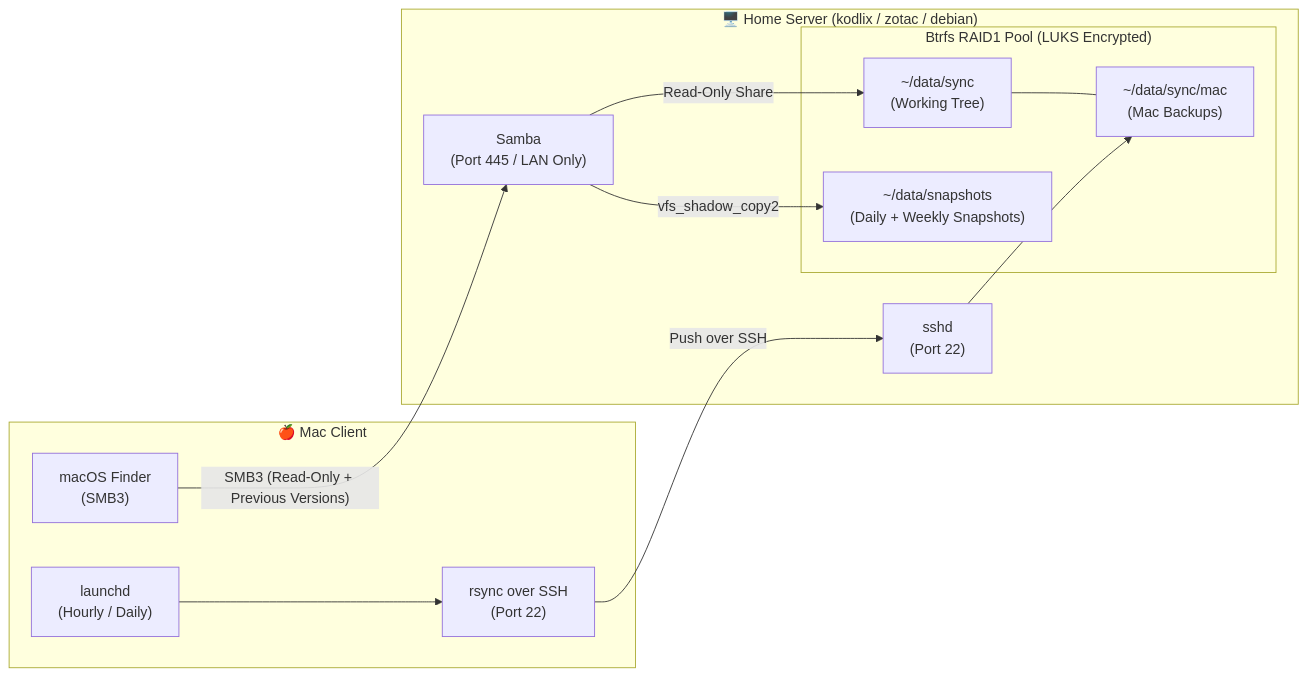
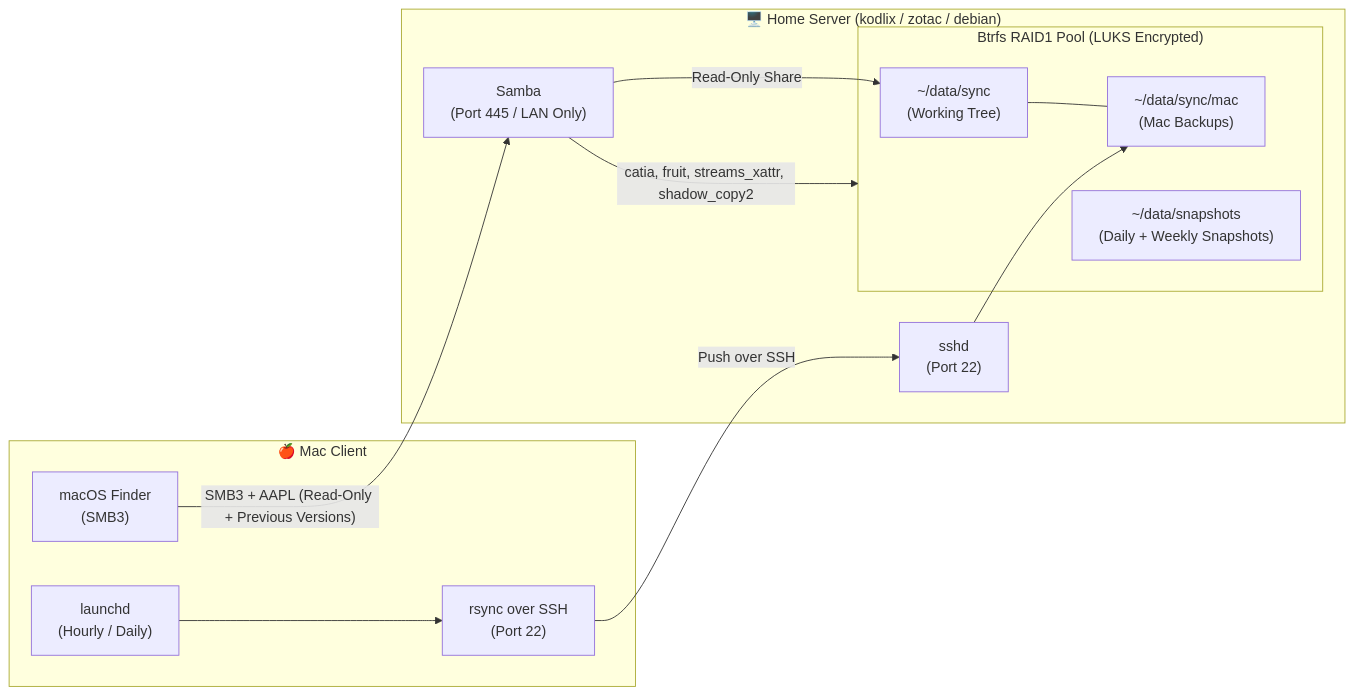
One commit to desnoe/domus changed the diagram in docs/mac-user-guide.md. Above: the diagram before and after it, drawn with Mermaid. The commit also changed other lines of this file and 21 other files, not shown here.

````diff
--- a/docs/mac-user-guide.md
+++ b/docs/mac-user-guide.md
@@ -11,26 +11,26 @@
 ```mermaid
 flowchart LR
     subgraph Mac["🍎 Mac Client"]
         Finder["macOS Finder\n(SMB3)"]
         Launchd["launchd\n(Hourly / Daily)"]
         Rsync["rsync over SSH\n(Port 22)"]
     end
 
     subgraph Server["🖥️ Home Server (kodlix / zotac / debian)"]
         SSH["sshd\n(Port 22)"]
         Samba["Samba\n(Port 445 / LAN Only)"]
         subgraph Storage["Btrfs RAID1 Pool (LUKS Encrypted)"]
             Sync["~/data/sync\n(Working Tree)"]
             MacDir["~/data/sync/mac\n(Mac Backups)"]
             Snap["~/data/snapshots\n(Daily + Weekly Snapshots)"]
         end
-        Samba -->|"vfs_shadow_copy2"| Snap
+        Samba -->|"catia, fruit, streams_xattr, shadow_copy2"| Storage
         Samba -->|"Read-Only Share"| Sync
         Sync --- MacDir
     end
 
-    Finder -->|"SMB3 (Read-Only + Previous Versions)"| Samba
+    Finder -->|"SMB3 + AAPL (Read-Only + Previous Versions)"| Samba
     Launchd --> Rsync
     Rsync -->|"Push over SSH"| SSH
     SSH --> MacDir
 ```
````
